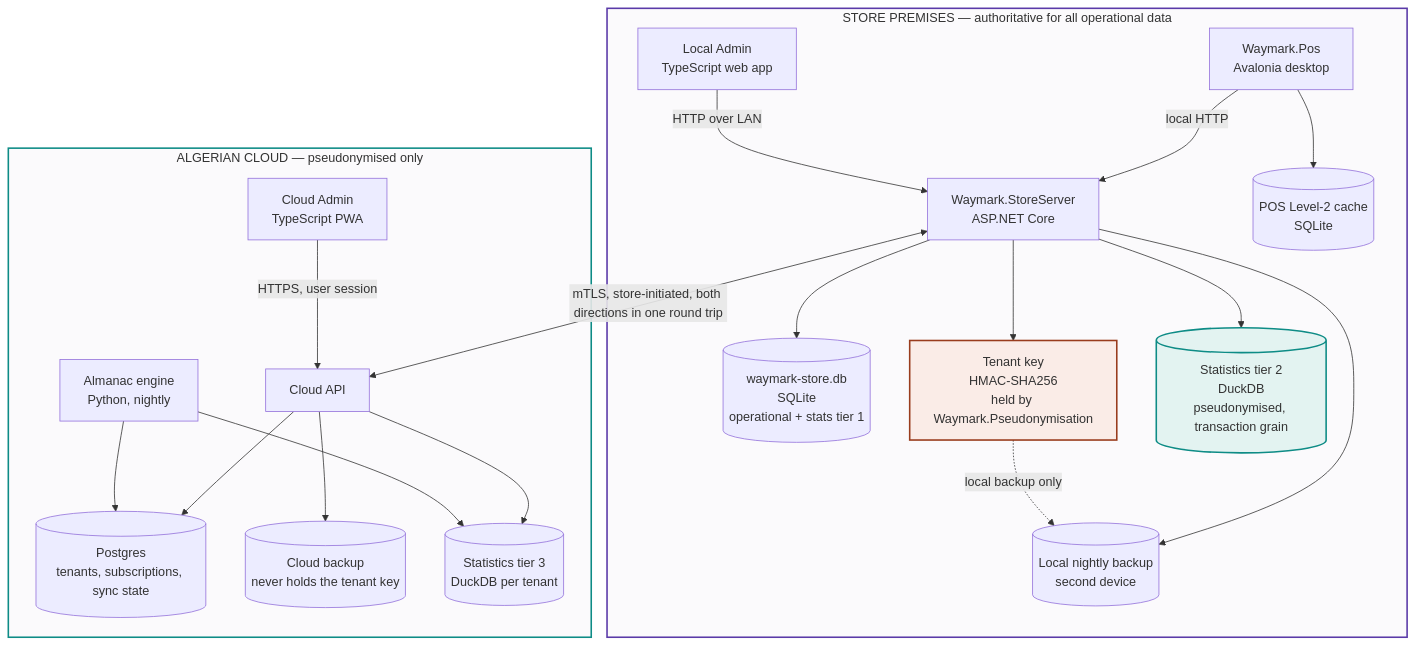
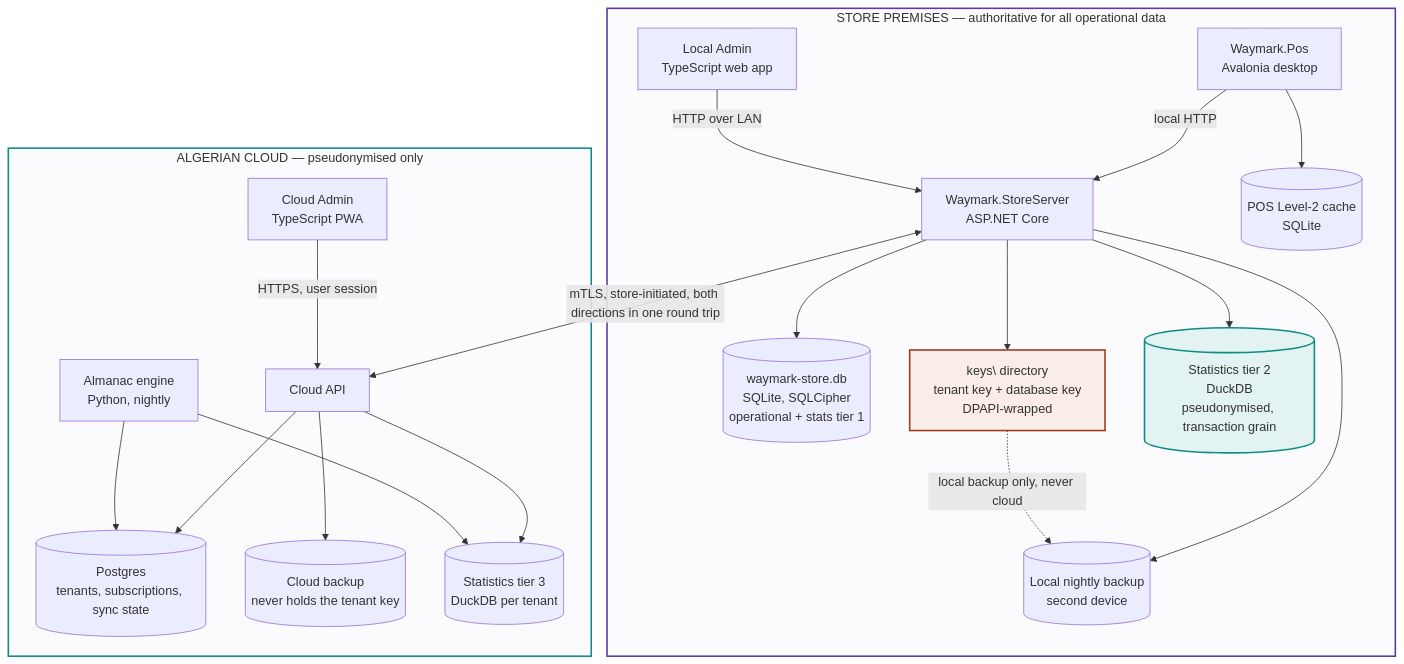
One commit to RAHAI-HAKIM/Waymark changed the diagram in docs/diagrams/02-container.md. Above: the diagram before and after it, drawn with Mermaid. The commit also changed other lines of this file and 18 other files, not shown here.

````diff
--- a/docs/diagrams/02-container.md
+++ b/docs/diagrams/02-container.md
@@ -6,45 +6,45 @@
 ```mermaid
 flowchart TB
     subgraph premises["STORE PREMISES — authoritative for all operational data"]
         pos["Waymark.Pos<br/>Avalonia desktop"]
         server["Waymark.StoreServer<br/>ASP.NET Core"]
         localadmin["Local Admin<br/>TypeScript web app"]
-        storedb[("waymark-store.db<br/>SQLite<br/>operational + stats tier 1")]
-        tenantkey["Tenant key<br/>HMAC-SHA256<br/>held by Waymark.Pseudonymisation"]
+        storedb[("waymark-store.db<br/>SQLite, SQLCipher<br/>operational + stats tier 1")]
+        tenantkey["keys\ directory<br/>tenant key + database key<br/>DPAPI-wrapped"]
         tier2[("Statistics tier 2<br/>DuckDB<br/>pseudonymised, transaction grain")]
         poscache[("POS Level-2 cache<br/>SQLite")]
         backup[("Local nightly backup<br/>second device")]
     end
 
     subgraph algeria["ALGERIAN CLOUD — pseudonymised only"]
         api["Cloud API"]
         engine["Almanac engine<br/>Python, nightly"]
         postgres[("Postgres<br/>tenants, subscriptions, sync state")]
         cloudadmin["Cloud Admin<br/>TypeScript PWA"]
         cloudbackup[("Cloud backup<br/>never holds the tenant key")]
         tier3[("Statistics tier 3<br/>DuckDB per tenant")]
     end
 
     pos -->|"local HTTP"| server
     pos --> poscache
     localadmin -->|"HTTP over LAN"| server
     server --> storedb
     server --> tier2
     server --> tenantkey
     server --> backup
-    tenantkey -.->|"local backup only"| backup
+    tenantkey -.->|"local backup only, never cloud"| backup
 
     server <-->|"mTLS, store-initiated, both directions in one round trip"| api
 
     api --> postgres
     api --> tier3
     engine --> tier3
     engine --> postgres
     cloudadmin -->|"HTTPS, user session"| api
     api --> cloudbackup
 
     style premises fill:#FBFAFC,stroke:#5A3AA8,stroke-width:2px
     style algeria fill:#FBFAFC,stroke:#0E8C86,stroke-width:2px
     style tier2 fill:#E3F3F1,stroke:#0E8C86,stroke-width:2px
     style tenantkey fill:#FAECE7,stroke:#993C1D,stroke-width:2px
 ```
````
